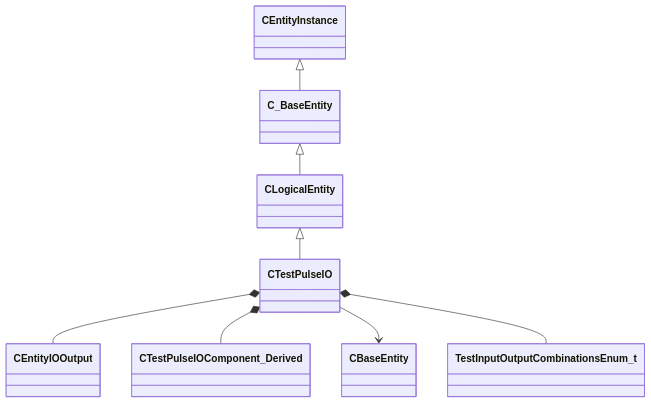
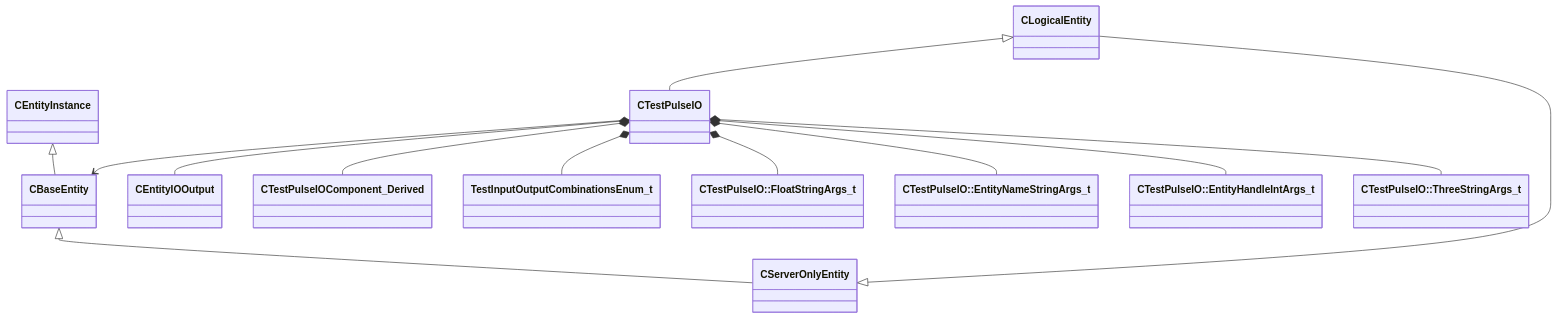
Before and after one commit to CS2OpenDev/CS2OpenDev-Docs: the diagram in docs/generated/schemas/server/CTestPulseIO.md, drawn with Mermaid. The commit also changed other lines of this file and 4525 other files, not shown here.

````diff
--- a/docs/generated/schemas/server/CTestPulseIO.md
+++ b/docs/generated/schemas/server/CTestPulseIO.md
@@ -17,10 +19,15 @@
 ```mermaid
 classDiagram
     CLogicalEntity <|-- CTestPulseIO
-    C_BaseEntity <|-- CLogicalEntity
-    CEntityInstance <|-- C_BaseEntity
+    CServerOnlyEntity <|-- CLogicalEntity
+    CBaseEntity <|-- CServerOnlyEntity
+    CEntityInstance <|-- CBaseEntity
     CTestPulseIO *-- CEntityIOOutput
     CTestPulseIO *-- CTestPulseIOComponent_Derived
     CTestPulseIO --> CBaseEntity
     CTestPulseIO *-- TestInputOutputCombinationsEnum_t
+    CTestPulseIO *-- `CTestPulseIO::FloatStringArgs_t`
+    CTestPulseIO *-- `CTestPulseIO::EntityNameStringArgs_t`
+    CTestPulseIO *-- `CTestPulseIO::EntityHandleIntArgs_t`
+    CTestPulseIO *-- `CTestPulseIO::ThreeStringArgs_t`
 ```
````
